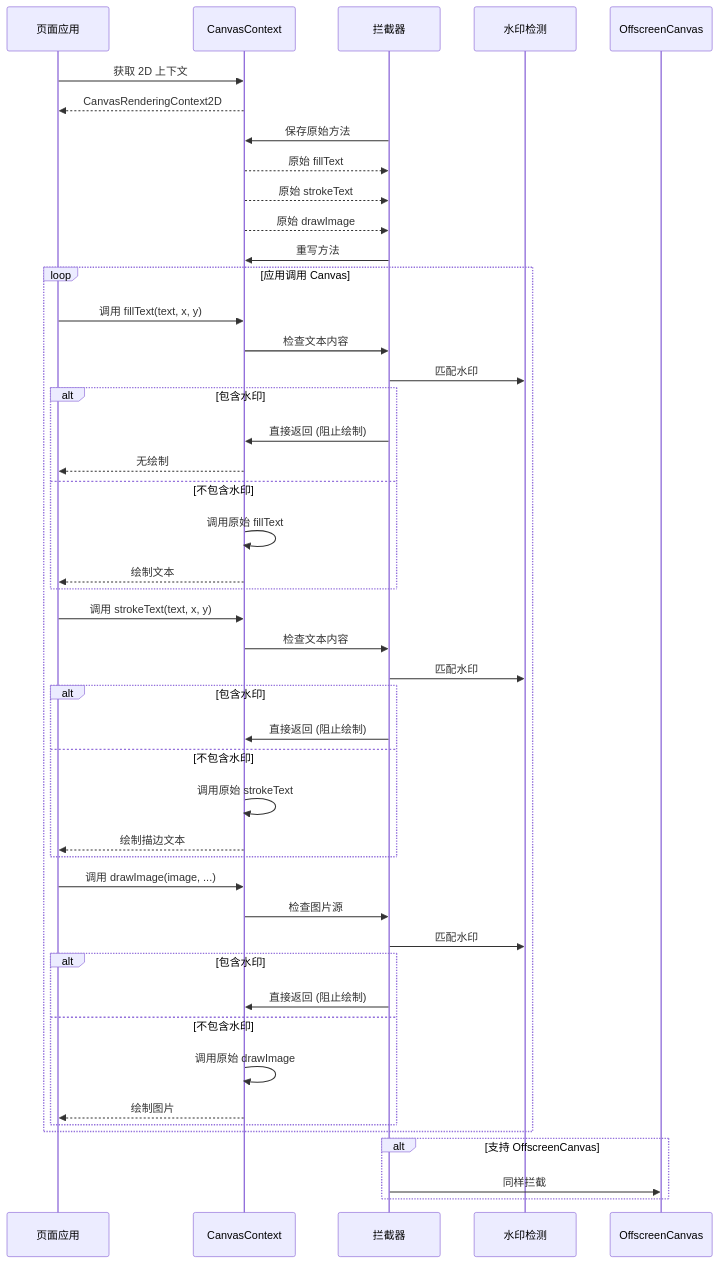
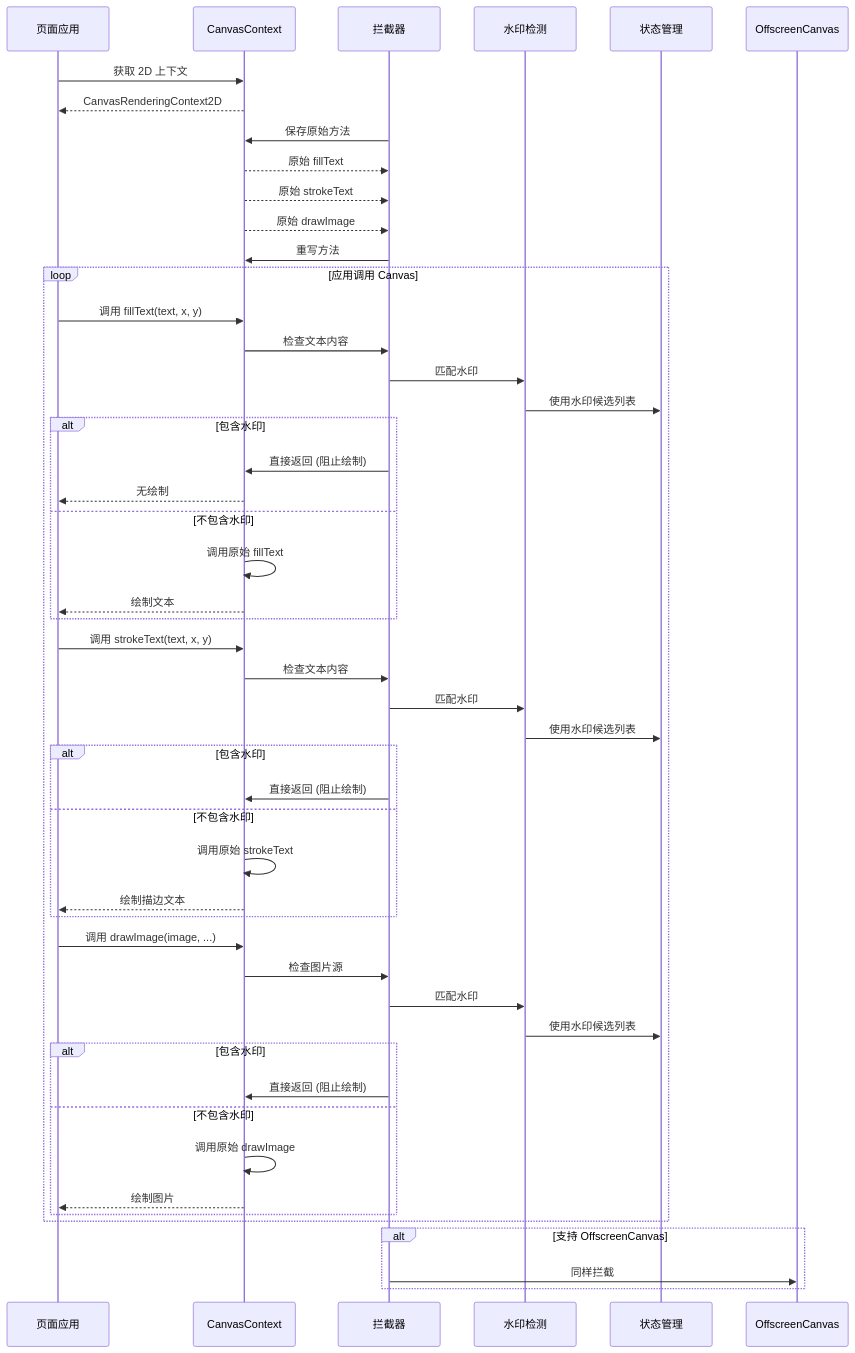
One commit to wang93wei/Xiaomi-MiMo-Studio-Watermark-Remover changed the third of 6 diagrams in doc/SEQUENCE_DIAGRAMS.md. Above: the diagram before and after it, drawn with Mermaid. The commit also changed other lines of this file and 4 other files, not shown here.

````diff
--- a/doc/SEQUENCE_DIAGRAMS.md
+++ b/doc/SEQUENCE_DIAGRAMS.md
@@ -405,57 +122,61 @@
 ```mermaid
 sequenceDiagram
     participant Page as 页面应用
     participant CanvasCtx as CanvasContext
     participant Interceptor as 拦截器
     participant Watermark as 水印检测
+    participant State as 状态管理
 
     Page->>CanvasCtx: 获取 2D 上下文
     CanvasCtx-->>Page: CanvasRenderingContext2D
-    
+
     Interceptor->>CanvasCtx: 保存原始方法
     CanvasCtx-->>Interceptor: 原始 fillText
     CanvasCtx-->>Interceptor: 原始 strokeText
     CanvasCtx-->>Interceptor: 原始 drawImage
-    
+
     Interceptor->>CanvasCtx: 重写方法
-    
+
     loop 应用调用 Canvas
         Page->>CanvasCtx: 调用 fillText(text, x, y)
         CanvasCtx->>Interceptor: 检查文本内容
         Interceptor->>Watermark: 匹配水印
-        
+        Watermark->>State: 使用水印候选列表
+
         alt 包含水印
             Interceptor->>CanvasCtx: 直接返回 (阻止绘制)
             CanvasCtx-->>Page: 无绘制
         else 不包含水印
             CanvasCtx->>CanvasCtx: 调用原始 fillText
             CanvasCtx-->>Page: 绘制文本
         end
-        
+
         Page->>CanvasCtx: 调用 strokeText(text, x, y)
         CanvasCtx->>Interceptor: 检查文本内容
         Interceptor->>Watermark: 匹配水印
-        
+        Watermark->>State: 使用水印候选列表
+
         alt 包含水印
             Interceptor->>CanvasCtx: 直接返回 (阻止绘制)
         else 不包含水印
             CanvasCtx->>CanvasCtx: 调用原始 strokeText
             CanvasCtx-->>Page: 绘制描边文本
         end
-        
+
         Page->>CanvasCtx: 调用 drawImage(image, ...)
         CanvasCtx->>Interceptor: 检查图片源
         Interceptor->>Watermark: 匹配水印
-        
+        Watermark->>State: 使用水印候选列表
+
         alt 包含水印
             Interceptor->>CanvasCtx: 直接返回 (阻止绘制)
         else 不包含水印
             CanvasCtx->>CanvasCtx: 调用原始 drawImage
             CanvasCtx-->>Page: 绘制图片
         end
     end
-    
+
     alt 支持 OffscreenCanvas
         Interceptor->>OffscreenCanvas: 同样拦截
     end
 ```
````
